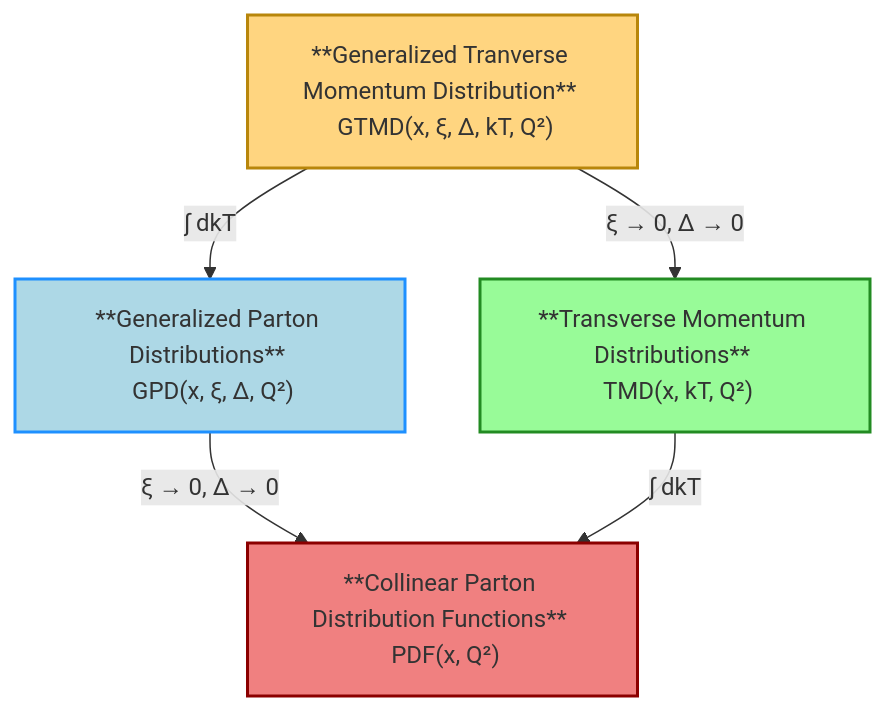
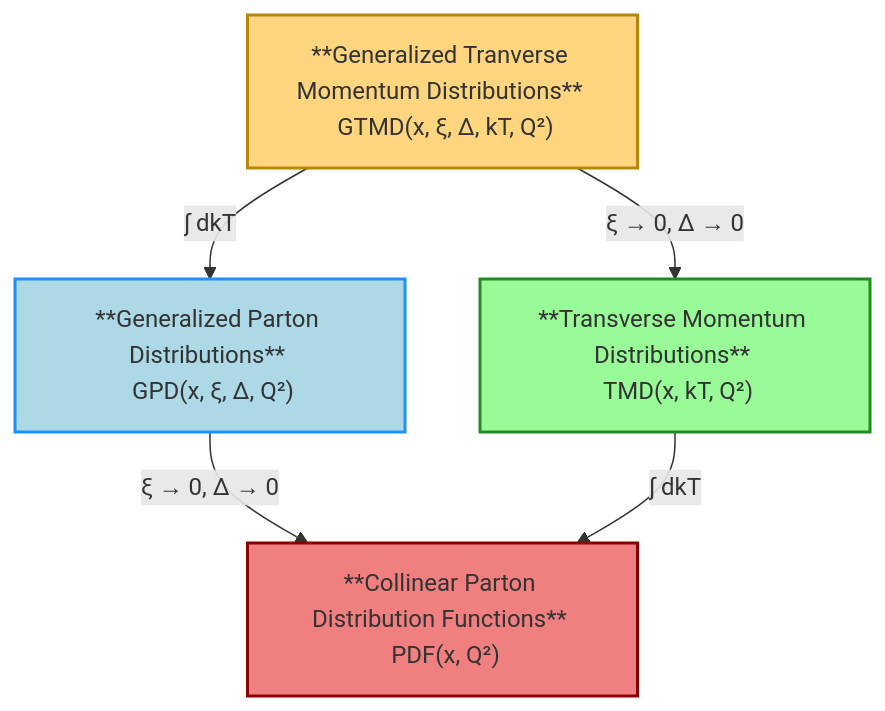
One commit to QCDLab/neopdf changed the diagram in README.md. Above: the diagram before and after it, drawn with Mermaid. The commit also changed other lines of this file and 2 other files, not shown here.

````diff
--- a/README.md
+++ b/README.md
@@ -69,16 +69,16 @@
 ```mermaid
 graph TD
 
-A["**Generalized Tranverse Momentum Distribution** <br> GTMD(x, ξ, Δ, kT​​, Q²)"]
+A["**Generalized Tranverse Momentum Distributions** <br> GTMD(x, ξ, Δ, kT​​, Q²)"]
 
 A -->|∫ dkT| B["**Generalized Parton Distributions** <br> GPD(x, ξ, Δ, Q²)"]
 A -->|ξ → 0, Δ → 0| C["**Transverse Momentum Distributions** <br> TMD(x, kT, Q²)"]
 
 B -->|ξ → 0, Δ → 0| D["**Collinear Parton Distribution Functions** <br> PDF(x, Q²)"]
 C -->|∫ dkT| D
 
 style A fill:#ffd580,stroke:#b8860b,stroke-width:2px
 style B fill:#add8e6,stroke:#1e90ff,stroke-width:2px
 style C fill:#98fb98,stroke:#228b22,stroke-width:2px
 style D fill:#f08080,stroke:#8b0000,stroke-width:2px
 ```
````
